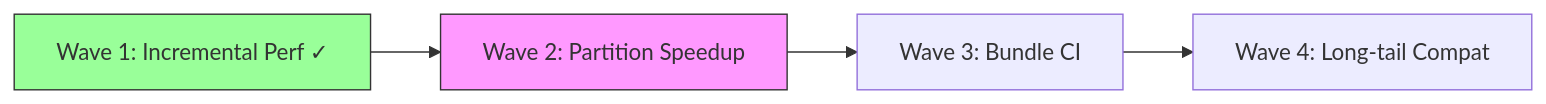
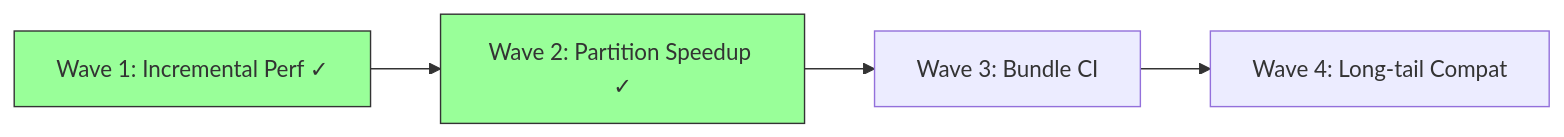
One commit to RK0429/ferritex changed the diagram in docs/planning_report.md. Above: the diagram before and after it, drawn with Mermaid. The commit also changed other lines of this file and 5 other files, not shown here.

Commit message:
test(parallel): add wave2 speedup evidence

````diff
--- a/docs/planning_report.md
+++ b/docs/planning_report.md
@@ -103,8 +97,8 @@
 ```mermaid
 graph LR
-    W1[Wave 1: Incremental Perf ✓] --> W2[Wave 2: Partition Speedup]
+    W1[Wave 1: Incremental Perf ✓] --> W2[Wave 2: Partition Speedup ✓]
     W2 --> W3[Wave 3: Bundle CI]
     W3 --> W4[Wave 4: Long-tail Compat]
     style W1 fill:#9f9,stroke:#333
-    style W2 fill:#f9f,stroke:#333
+    style W2 fill:#9f9,stroke:#333
 ```
````
